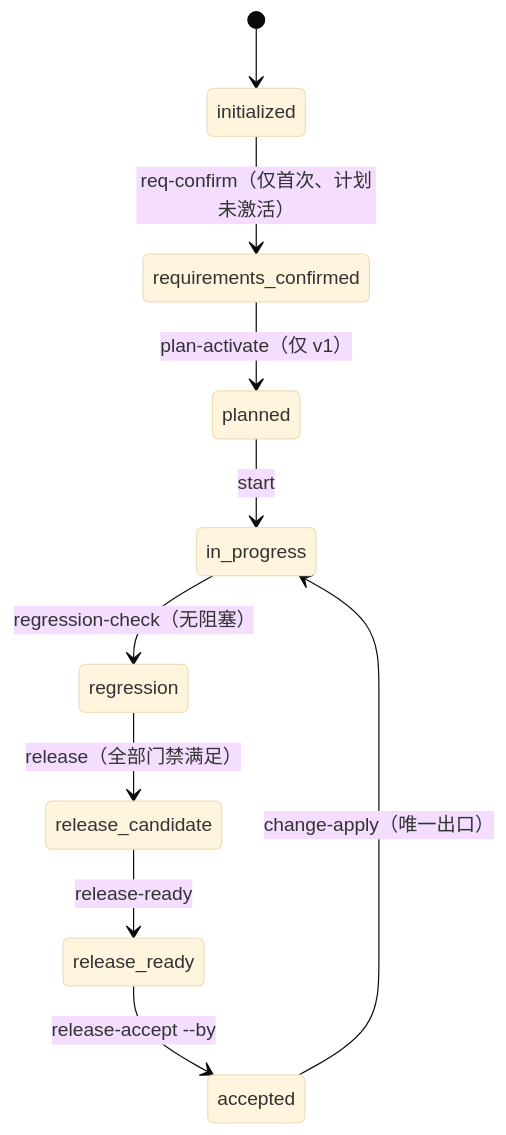
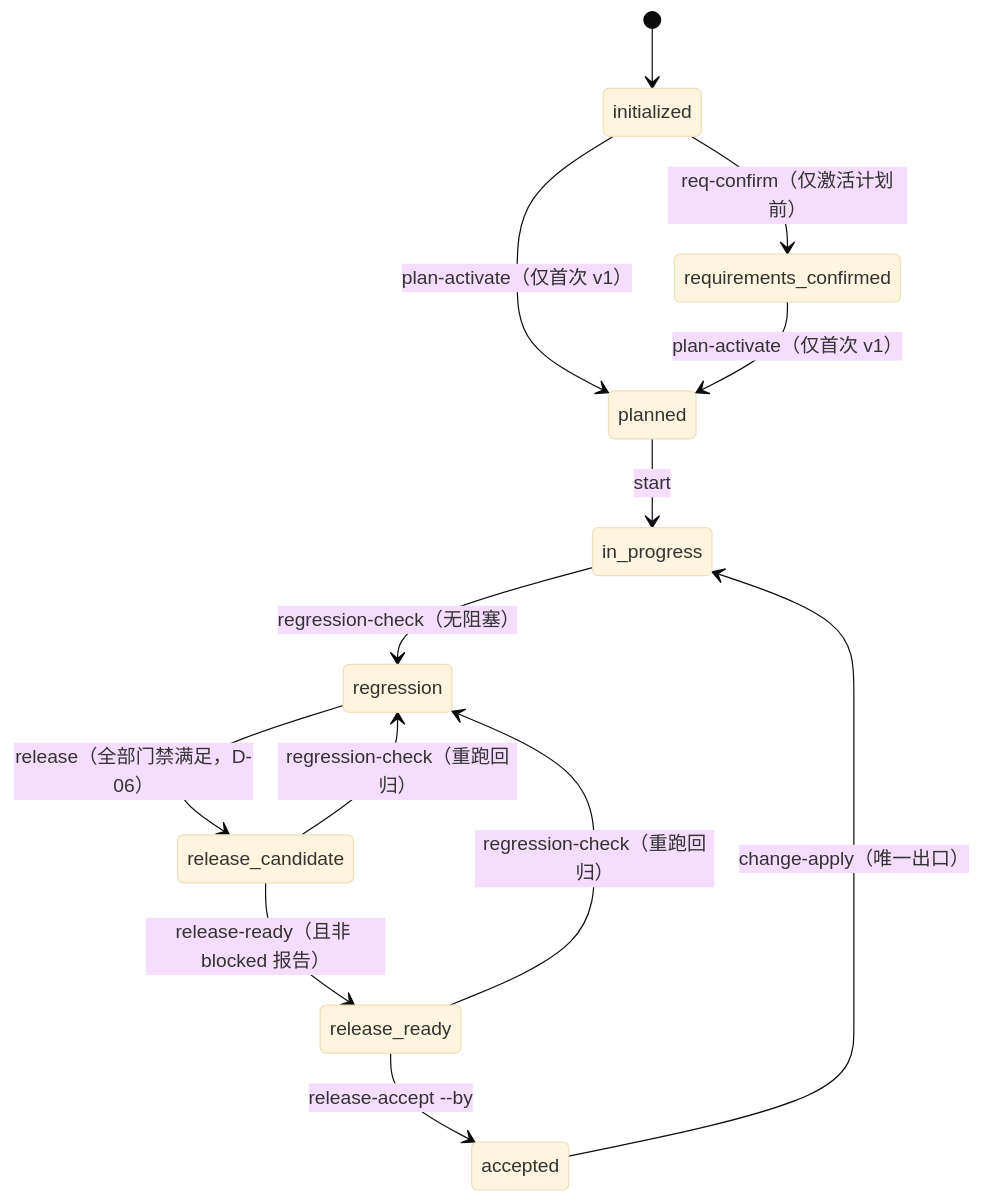
One commit to gagmandev/DevFlow changed the fourth of 12 diagrams in architecture-review/03-lifecycle-and-state-machines.md. Above: the diagram before and after it, drawn with Mermaid (base theme). The commit also changed other lines of this file and 7 other files, not shown here.

````diff
--- a/architecture-review/03-lifecycle-and-state-machines.md
+++ b/architecture-review/03-lifecycle-and-state-machines.md
@@ -181,12 +140,15 @@
 ```mermaid
 stateDiagram-v2
   [*] --> initialized
-  initialized --> requirements_confirmed: req-confirm（仅首次、计划未激活）
-  requirements_confirmed --> planned: plan-activate（仅 v1）
+  initialized --> requirements_confirmed: req-confirm（仅激活计划前）
+  initialized --> planned: plan-activate（仅首次 v1）
+  requirements_confirmed --> planned: plan-activate（仅首次 v1）
   planned --> in_progress: start
   in_progress --> regression: regression-check（无阻塞）
-  regression --> release_candidate: release（全部门禁满足）
-  release_candidate --> release_ready: release-ready
+  regression --> release_candidate: release（全部门禁满足，D-06）
+  release_candidate --> release_ready: release-ready（且非 blocked 报告）
   release_ready --> accepted: release-accept --by
+  release_candidate --> regression: regression-check（重跑回归）
+  release_ready --> regression: regression-check（重跑回归）
   accepted --> in_progress: change-apply（唯一出口）
 ```
````
